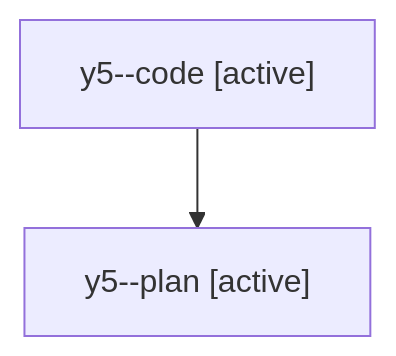
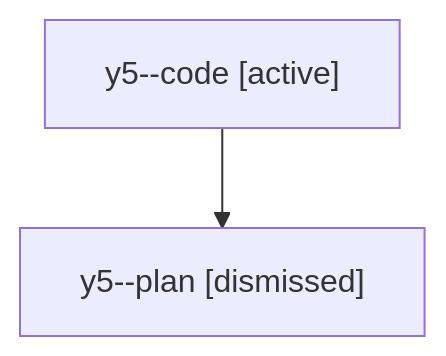
Before and after one commit to sase-org/sase--agents: the diagram in sessions/bbugyi200.athena.y5.md, drawn with Mermaid. The commit also changed other lines of this file and 23 other files, not shown here.

````diff
--- a/sessions/bbugyi200.athena.y5.md
+++ b/sessions/bbugyi200.athena.y5.md
@@ -9,6 +9,6 @@
 ```mermaid
 flowchart TD
   n0["y5--code [active]"]
-  n1["y5--plan [active]"]
+  n1["y5--plan [dismissed]"]
   n0 --> n1
 ```
````
